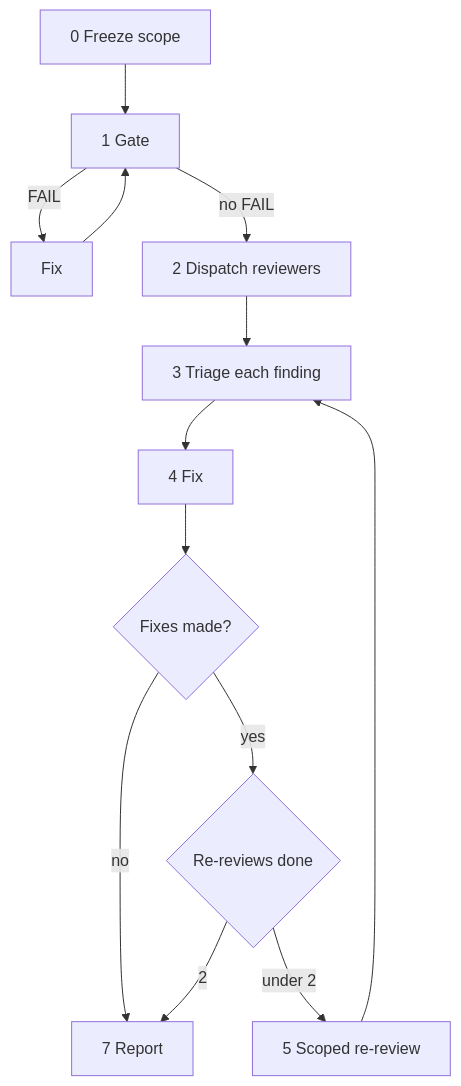
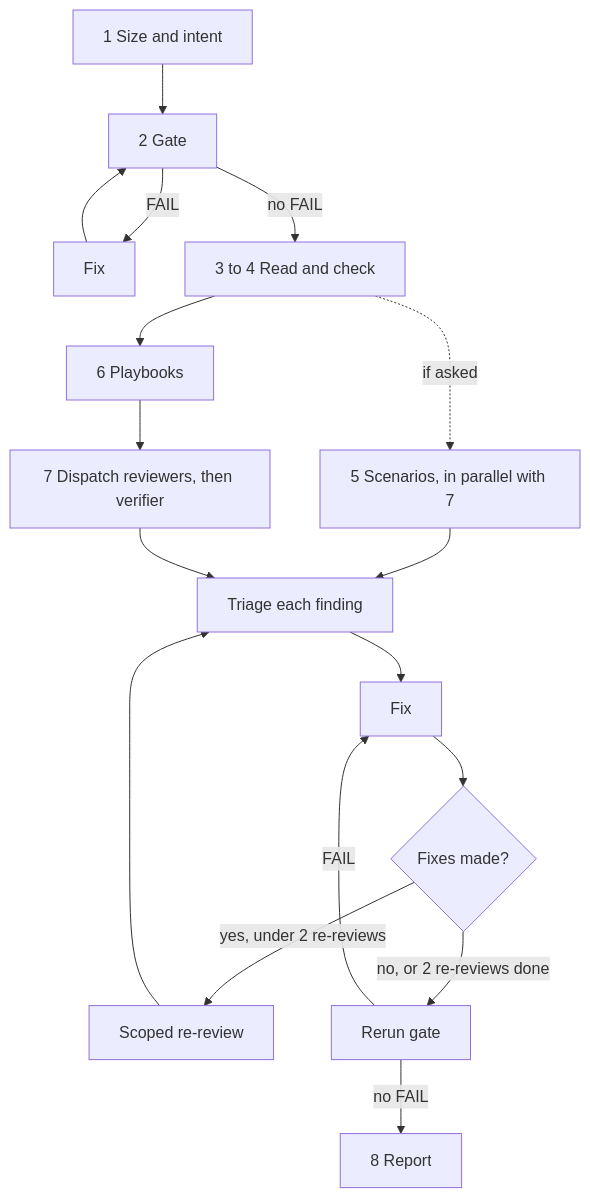
The diagram in skills/reviewing-skills/references/review-runbook.md (joeblackwaslike/agent-skills), drawn with Mermaid before and after one commit. The commit also changed other lines of this file and 11 other files, not shown here.

````diff
--- a/skills/reviewing-skills/references/review-runbook.md
+++ b/skills/reviewing-skills/references/review-runbook.md
@@ -9,13 +9,17 @@
 ```mermaid
 flowchart TD
-  S0[0 Freeze scope] --> S1[1 Gate]
-  S1 -->|FAIL| X1[Fix] --> S1
-  S1 -->|no FAIL| S2[2 Dispatch reviewers]
-  S2 --> S3[3 Triage each finding]
-  S3 --> S4[4 Fix]
-  S4 --> Q{Fixes made?}
-  Q -->|no| S7[7 Report]
-  Q -->|yes| R{Re-reviews done}
-  R -->|under 2| S5[5 Scoped re-review] --> S3
-  R -->|2| S7
+  S1[1 Size and intent] --> S2[2 Gate]
+  S2 -->|FAIL| X1[Fix] --> S2
+  S2 -->|no FAIL| S3[3 to 4 Read and check]
+  S3 --> S6[6 Playbooks]
+  S6 --> S7[7 Dispatch reviewers, then verifier]
+  S3 -.->|if asked| S5[5 Scenarios, in parallel with 7]
+  S5 --> T
+  S7 --> T[Triage each finding]
+  T --> F[Fix]
+  F --> Q{Fixes made?}
+  Q -->|yes, under 2 re-reviews| R[Scoped re-review] --> T
+  Q -->|no, or 2 re-reviews done| G[Rerun gate]
+  G -->|FAIL| F
+  G -->|no FAIL| S8[8 Report]
 ```
````
